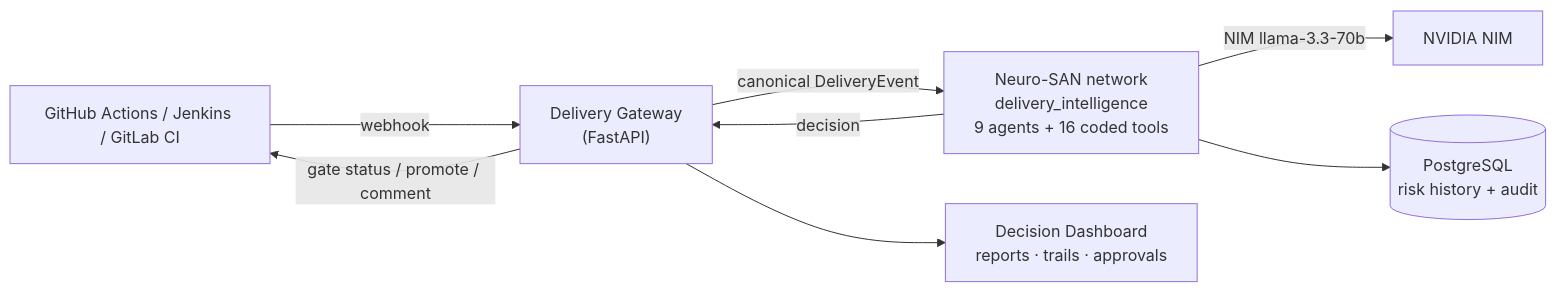
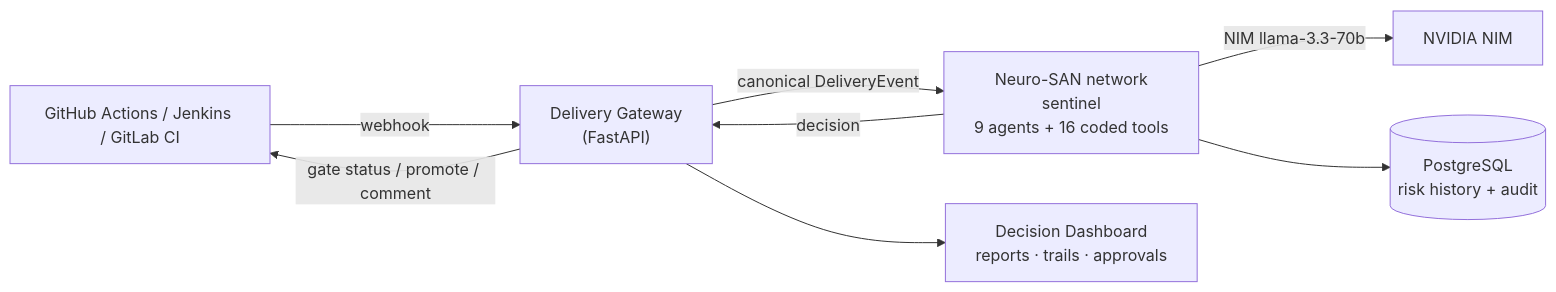
Before and after one commit to anandharshit712/Sentinel: the diagram in README.md, drawn with Mermaid. The commit also changed other lines of this file and 37 other files, not shown here.

````diff
--- a/README.md
+++ b/README.md
@@ -58,10 +58,10 @@
 ```mermaid
 flowchart LR
     CI["GitHub Actions / Jenkins / GitLab CI"] -->|webhook| GW["Delivery Gateway<br/>(FastAPI)"]
-    GW -->|"canonical DeliveryEvent"| NS["Neuro-SAN network<br/>delivery_intelligence<br/>9 agents + 16 coded tools"]
+    GW -->|"canonical DeliveryEvent"| NS["Neuro-SAN network<br/>sentinel<br/>9 agents + 16 coded tools"]
     NS -->|"NIM llama-3.3-70b"| NIM["NVIDIA NIM"]
     NS --> PG[("PostgreSQL<br/>risk history + audit")]
     GW --> DB["Decision Dashboard<br/>reports · trails · approvals"]
     NS -->|"decision"| GW
     GW -->|"gate status / promote / comment"| CI
 ```
````
